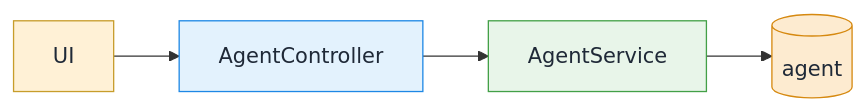
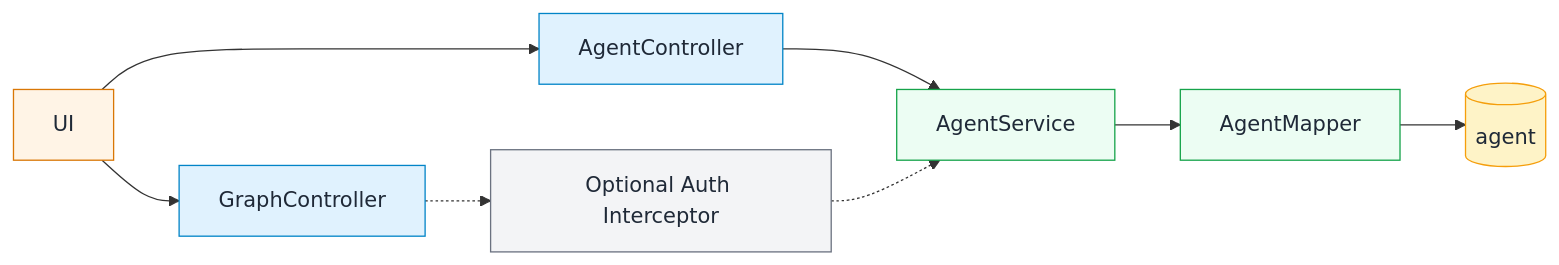
One commit to spring-ai-alibaba/DataAgent changed diagram 15 of 18 in README.md. Above: the diagram before and after it, drawn with Mermaid. The commit also changed other lines of this file, not shown here.

Commit message:
refactor: enhance README with updated architecture diagrams, improved class definitions, and refined workflow processes for clarity

````diff
--- a/README.md
+++ b/README.md
@@ -423,16 +594,22 @@
 ```mermaid
 flowchart LR
   UI --> AgentAPI[AgentController]
   AgentAPI --> AgentSvc[AgentService]
-  AgentSvc --> AgentDB[(agent)]
+  AgentSvc --> AgentMapper[AgentMapper]
+  AgentMapper --> AgentDB[(agent)]
+  UI --> GraphAPI[GraphController]
+  GraphAPI -.-> Auth[Optional Auth Interceptor]
+  Auth -.-> AgentSvc
 
-  classDef client fill:#FFF1D6,stroke:#C79D2B,stroke-width:1px,color:#1F2937;
-  classDef api fill:#E3F2FD,stroke:#1E88E5,stroke-width:1px,color:#1F2937;
-  classDef service fill:#E8F5E9,stroke:#43A047,stroke-width:1px,color:#1F2937;
-  classDef data fill:#FDEBD0,stroke:#D68910,stroke-width:1px,color:#1F2937;
+  classDef client fill:#FFF4E6,stroke:#D97706,stroke-width:1px,color:#1F2937;
+  classDef api fill:#E0F2FE,stroke:#0284C7,stroke-width:1px,color:#1F2937;
+  classDef service fill:#ECFDF3,stroke:#16A34A,stroke-width:1px,color:#1F2937;
+  classDef data fill:#FEF3C7,stroke:#F59E0B,stroke-width:1px,color:#1F2937;
+  classDef control fill:#F3F4F6,stroke:#6B7280,stroke-width:1px,color:#1F2937;
 
   class UI client
-  class AgentAPI api
-  class AgentSvc service
+  class AgentAPI,GraphAPI api
+  class AgentSvc,AgentMapper service
   class AgentDB data
+  class Auth control
 ```
````
